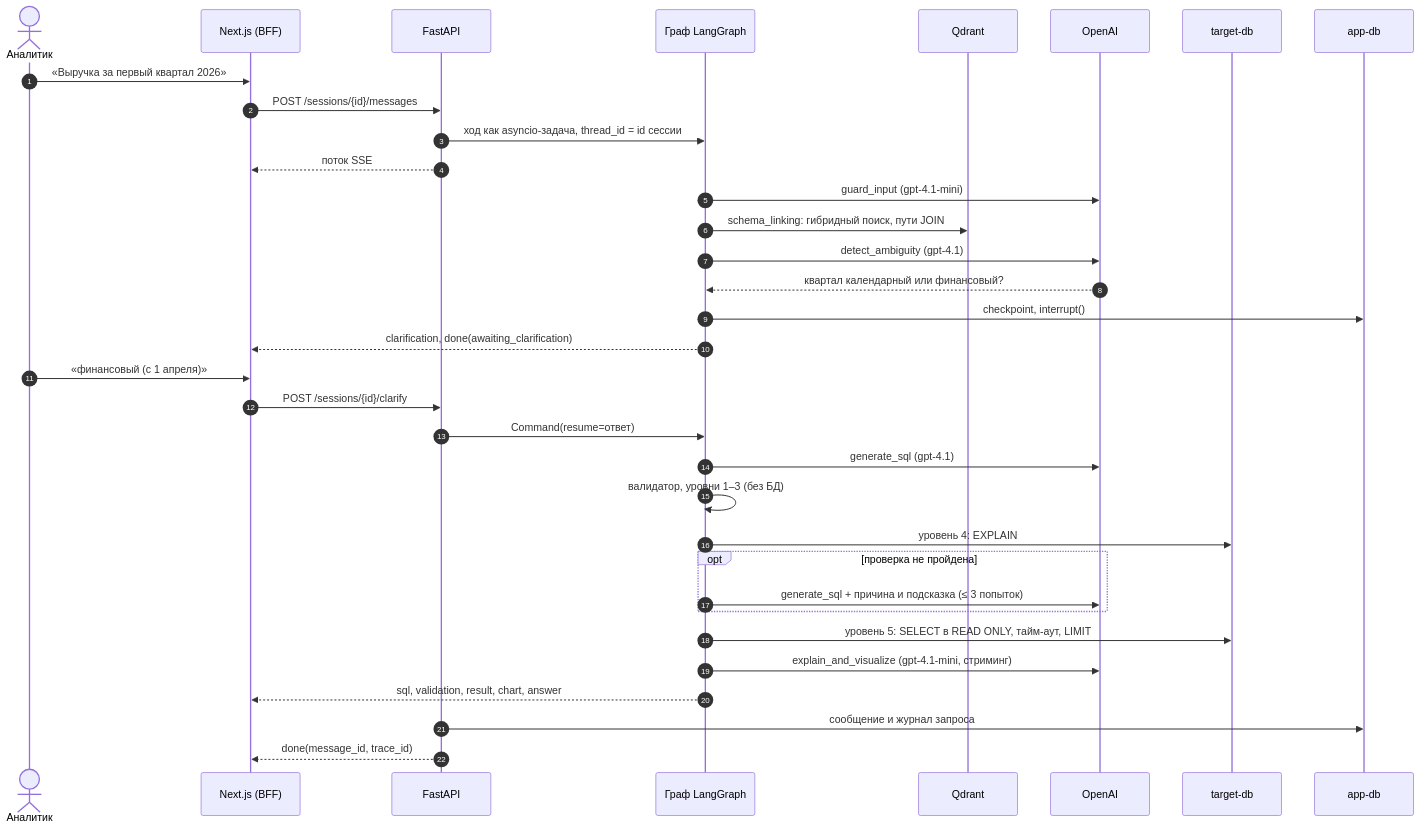
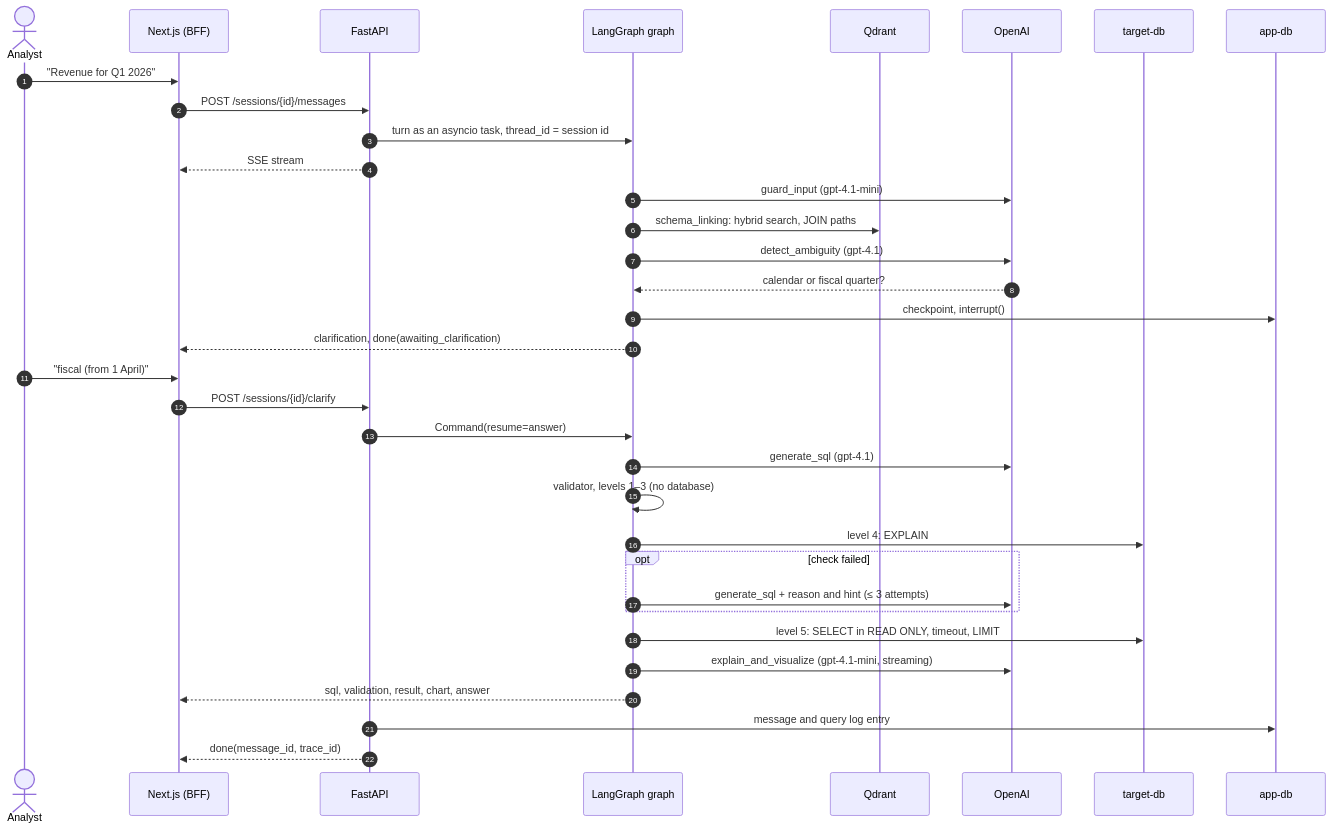
One commit to Abegerov4/Suhbat2DB changed the diagram in docs/diagrams/request_sequence.mmd. Above: the diagram before and after it, drawn with Mermaid. The commit also changed 41 other files, not shown here.

First line of the commit message:
DIP-40: Translate documentation and diagrams into English

```diff
--- a/docs/diagrams/request_sequence.mmd
+++ b/docs/diagrams/request_sequence.mmd
@@ -1,36 +1,36 @@
-%% Путь одного запроса с уточнением и самокоррекцией. Та же диаграмма — в ARCHITECTURE.md §4
+%% Path of one request with clarification and self-correction. The same diagram is in ARCHITECTURE.md §4
 sequenceDiagram
     autonumber
-    actor U as Аналитик
+    actor U as Analyst
     participant FE as Next.js (BFF)
     participant API as FastAPI
-    participant G as Граф LangGraph
+    participant G as LangGraph graph
     participant Q as Qdrant
     participant L as OpenAI
     participant DB as target-db
     participant A as app-db
 
-    U->>FE: «Выручка за первый квартал 2026»
+    U->>FE: "Revenue for Q1 2026"
     FE->>API: POST /sessions/{id}/messages
-    API->>G: ход как asyncio-задача, thread_id = id сессии
-    API-->>FE: поток SSE
+    API->>G: turn as an asyncio task, thread_id = session id
+    API-->>FE: SSE stream
     G->>L: guard_input (gpt-4.1-mini)
-    G->>Q: schema_linking: гибридный поиск, пути JOIN
+    G->>Q: schema_linking: hybrid search, JOIN paths
     G->>L: detect_ambiguity (gpt-4.1)
-    L-->>G: квартал календарный или финансовый?
+    L-->>G: calendar or fiscal quarter?
     G->>A: checkpoint, interrupt()
     G-->>FE: clarification, done(awaiting_clarification)
-    U->>FE: «финансовый (с 1 апреля)»
+    U->>FE: "fiscal (from 1 April)"
     FE->>API: POST /sessions/{id}/clarify
-    API->>G: Command(resume=ответ)
+    API->>G: Command(resume=answer)
     G->>L: generate_sql (gpt-4.1)
-    G->>G: валидатор, уровни 1–3 (без БД)
-    G->>DB: уровень 4: EXPLAIN
-    opt проверка не пройдена
-        G->>L: generate_sql + причина и подсказка (≤ 3 попыток)
+    G->>G: validator, levels 1–3 (no database)
+    G->>DB: level 4: EXPLAIN
+    opt check failed
+        G->>L: generate_sql + reason and hint (≤ 3 attempts)
     end
-    G->>DB: уровень 5: SELECT в READ ONLY, тайм-аут, LIMIT
-    G->>L: explain_and_visualize (gpt-4.1-mini, стриминг)
+    G->>DB: level 5: SELECT in READ ONLY, timeout, LIMIT
+    G->>L: explain_and_visualize (gpt-4.1-mini, streaming)
     G-->>FE: sql, validation, result, chart, answer
-    API->>A: сообщение и журнал запроса
+    API->>A: message and query log entry
     API-->>FE: done(message_id, trace_id)
```
